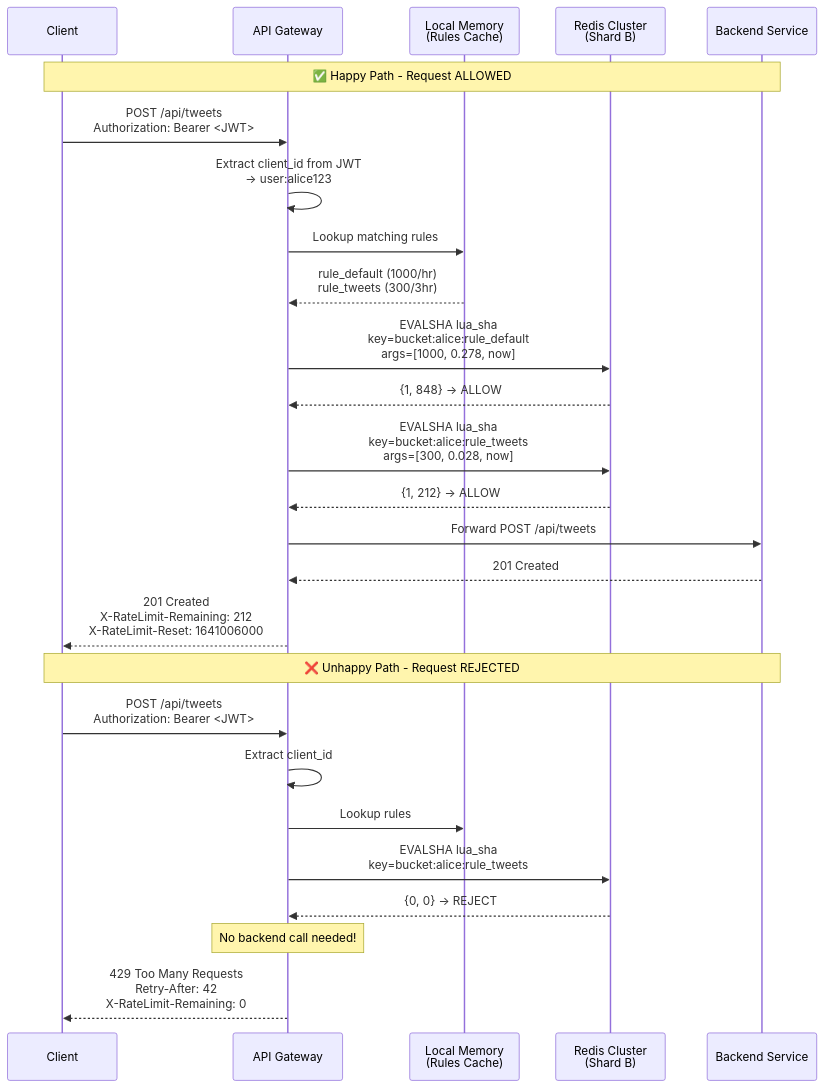
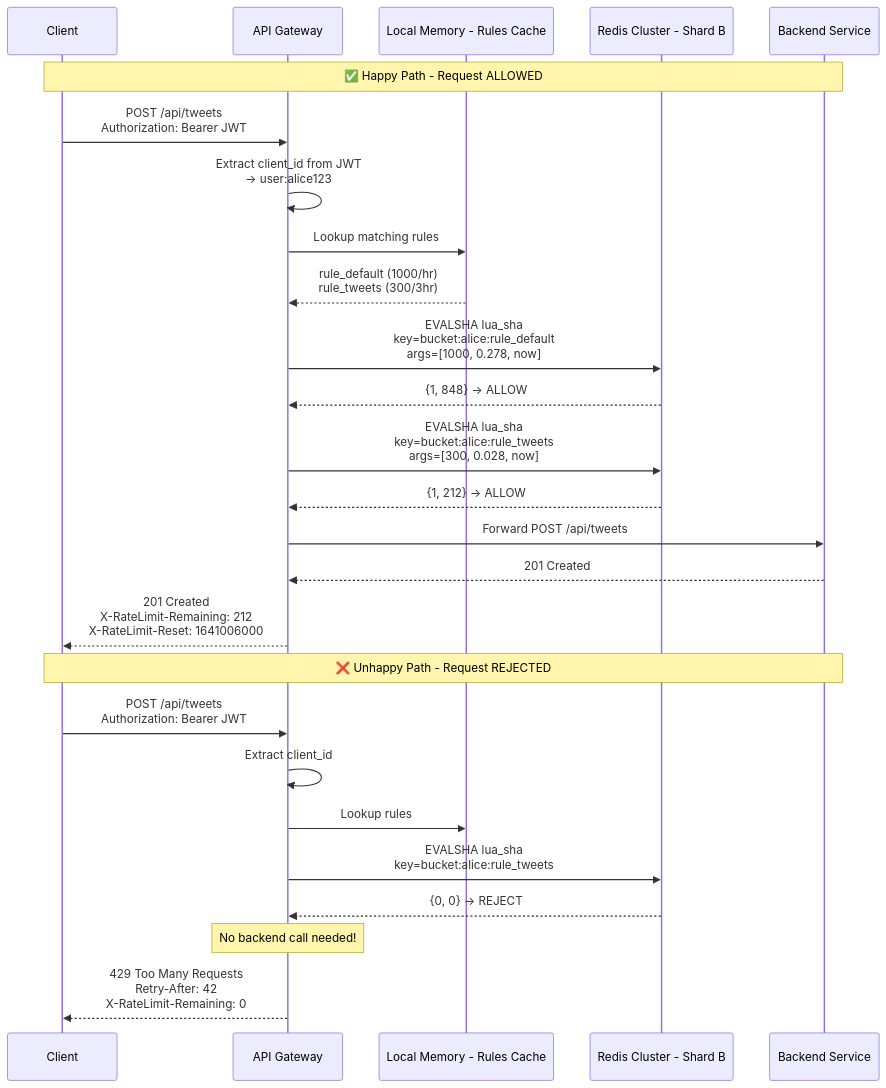
One commit to vipi-n/swe-101 changed the seventh of 7 diagrams in hld/rate_limitter.md. Above: the diagram before and after it, drawn with Mermaid. The commit also changed other lines of this file, not shown here.

````diff
--- a/hld/rate_limitter.md
+++ b/hld/rate_limitter.md
@@ -2024,30 +2024,30 @@
 ```mermaid
 sequenceDiagram
     participant Client
     participant GW as API Gateway
-    participant Mem as Local Memory<br/>(Rules Cache)
-    participant Redis as Redis Cluster<br/>(Shard B)
+    participant Mem as Local Memory - Rules Cache
+    participant Redis as Redis Cluster - Shard B
     participant Backend as Backend Service
 
     Note over Client, Backend: ✅ Happy Path - Request ALLOWED
-    Client->>GW: POST /api/tweets<br/>Authorization: Bearer <JWT>
+    Client->>GW: POST /api/tweets<br/>Authorization: Bearer JWT
     GW->>GW: Extract client_id from JWT<br/>→ user:alice123
     GW->>Mem: Lookup matching rules
     Mem-->>GW: rule_default (1000/hr)<br/>rule_tweets (300/3hr)
     GW->>Redis: EVALSHA lua_sha<br/>key=bucket:alice:rule_default<br/>args=[1000, 0.278, now]
     Redis-->>GW: {1, 848} → ALLOW
     GW->>Redis: EVALSHA lua_sha<br/>key=bucket:alice:rule_tweets<br/>args=[300, 0.028, now]
     Redis-->>GW: {1, 212} → ALLOW
     GW->>Backend: Forward POST /api/tweets
     Backend-->>GW: 201 Created
     GW-->>Client: 201 Created<br/>X-RateLimit-Remaining: 212<br/>X-RateLimit-Reset: 1641006000
 
     Note over Client, Backend: ❌ Unhappy Path - Request REJECTED
-    Client->>GW: POST /api/tweets<br/>Authorization: Bearer <JWT>
+    Client->>GW: POST /api/tweets<br/>Authorization: Bearer JWT
     GW->>GW: Extract client_id
     GW->>Mem: Lookup rules
     GW->>Redis: EVALSHA lua_sha<br/>key=bucket:alice:rule_tweets
     Redis-->>GW: {0, 0} → REJECT
     Note over GW: No backend call needed!
     GW-->>Client: 429 Too Many Requests<br/>Retry-After: 42<br/>X-RateLimit-Remaining: 0
 ```
````
